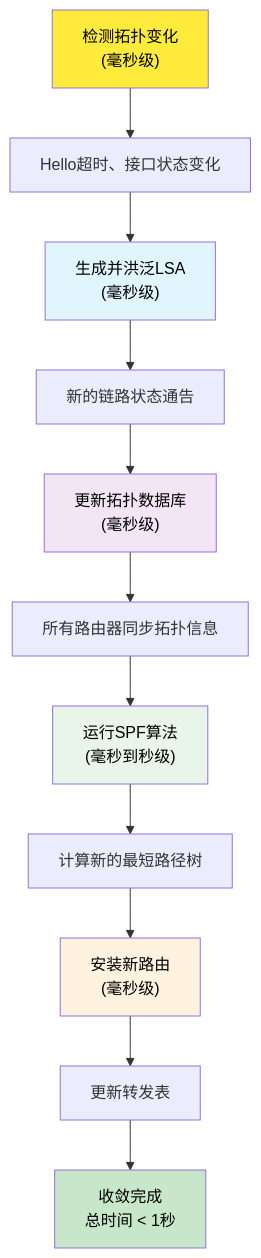
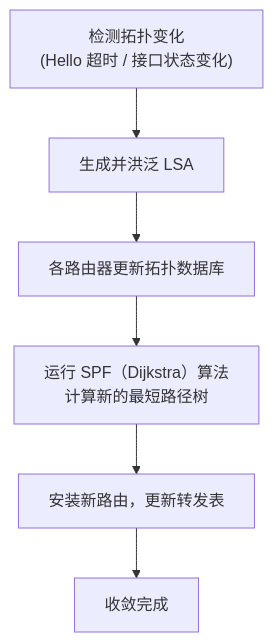
One commit to Dtheme/CS-base changed the third of 4 diagrams in 计算机网络/5.2网络层：路由选择算法.md. Above: the diagram before and after it, drawn with Mermaid. The commit also changed other lines of this file and 51 other files, not shown here.

````diff
--- a/计算机网络/5.2网络层：路由选择算法.md
+++ b/计算机网络/5.2网络层：路由选择算法.md
@@ -518,32 +400,8 @@
 ```mermaid
 graph TD
-    A["检测拓扑变化<br/>(毫秒级)"]
-    B["Hello超时、接口状态变化"]
-    C["生成并洪泛LSA<br/>(毫秒级)"]
-    D["新的链路状态通告"]
-    E["更新拓扑数据库<br/>(毫秒级)"]
-    F["所有路由器同步拓扑信息"]
-    G["运行SPF算法<br/>(毫秒到秒级)"]
-    H["计算新的最短路径树"]
-    I["安装新路由<br/>(毫秒级)"]
-    J["更新转发表"]
-    K["收敛完成<br/>总时间 < 1秒"]
-    
-    A --> B
-    B --> C
-    C --> D
-    D --> E
-    E --> F
-    F --> G
-    G --> H
-    H --> I
-    I --> J
-    J --> K
-    
-    style A fill:#ffeb3b,color:#000
-    style C fill:#e1f5fe,color:#000
-    style E fill:#f3e5f5,color:#000
-    style G fill:#e8f5e8,color:#000
-    style I fill:#fff3e0,color:#000
-    style K fill:#c8e6c9,color:#000
+    A["检测拓扑变化<br/>(Hello 超时 / 接口状态变化)"] --> C["生成并洪泛 LSA"]
+    C --> E["各路由器更新拓扑数据库"]
+    E --> G["运行 SPF（Dijkstra）算法<br/>计算新的最短路径树"]
+    G --> I["安装新路由，更新转发表"]
+    I --> K["收敛完成"]
 ```
````
